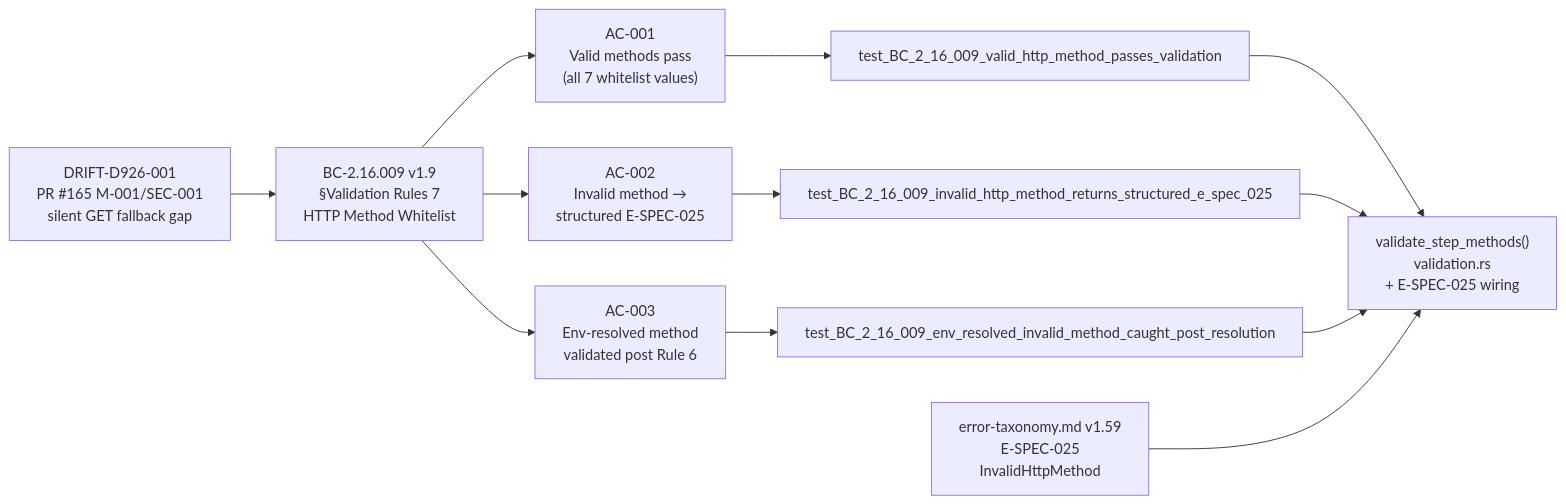
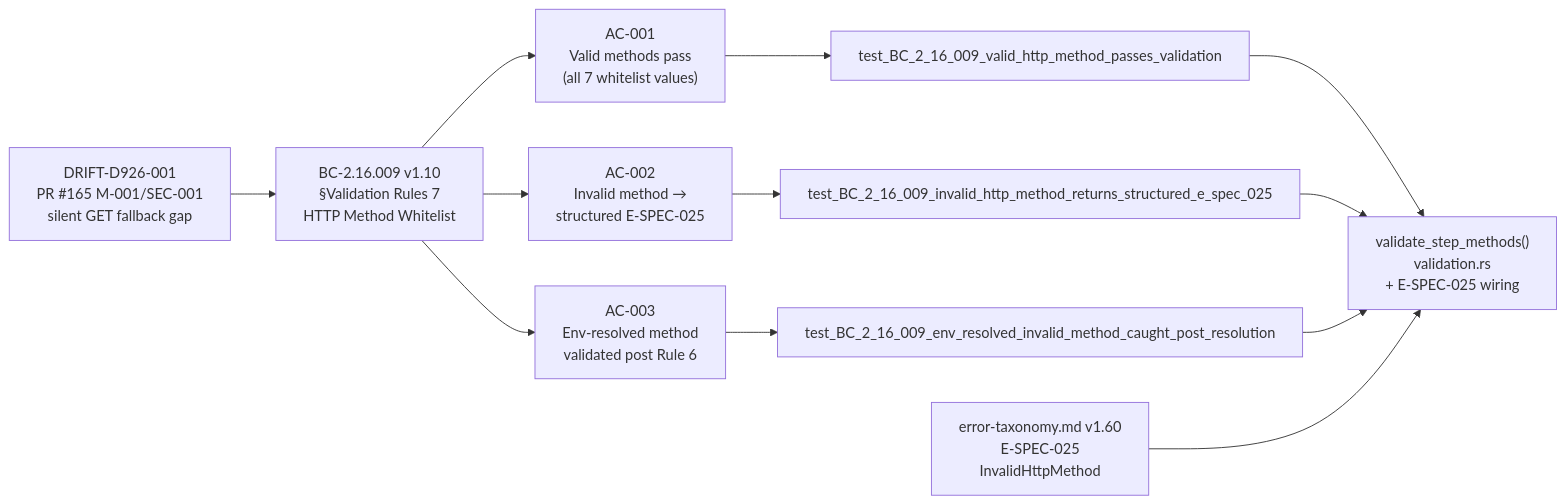
One commit to drbothen/prism changed the third of 3 diagrams in code-delivery/S-SPEC-HTTP-METHOD-VALIDATION-001/pr-description.md. Above: the diagram before and after it, drawn with Mermaid. The commit also changed other lines of this file and 7 other files, not shown here.

````diff
--- a/code-delivery/S-SPEC-HTTP-METHOD-VALIDATION-001/pr-description.md
+++ b/code-delivery/S-SPEC-HTTP-METHOD-VALIDATION-001/pr-description.md
@@ -56,22 +56,22 @@
 ```mermaid
 flowchart LR
-    BC["BC-2.16.009 v1.9\n§Validation Rules 7\nHTTP Method Whitelist"]
-    ET["error-taxonomy.md v1.59\nE-SPEC-025\nInvalidHttpMethod"]
+    BC["BC-2.16.009 v1.10\n§Validation Rules 7\nHTTP Method Whitelist"]
+    ET["error-taxonomy.md v1.60\nE-SPEC-025\nInvalidHttpMethod"]
     DRIFT["DRIFT-D926-001\nPR #165 M-001/SEC-001\nsilent GET fallback gap"]
 
     AC001["AC-001\nValid methods pass\n(all 7 whitelist values)"]
     AC002["AC-002\nInvalid method →\nstructured E-SPEC-025"]
     AC003["AC-003\nEnv-resolved method\nvalidated post Rule 6"]
 
     RG001["test_BC_2_16_009_valid_http_method_passes_validation"]
     RG002["test_BC_2_16_009_invalid_http_method_returns_structured_e_spec_025"]
     RG003["test_BC_2_16_009_env_resolved_invalid_method_caught_post_resolution"]
 
     IMPL["validate_step_methods()\nvalidation.rs\n+ E-SPEC-025 wiring"]
 
     BC --> AC001 --> RG001 --> IMPL
     BC --> AC002 --> RG002 --> IMPL
     BC --> AC003 --> RG003 --> IMPL
     ET --> IMPL
     DRIFT --> BC
 ```
````
